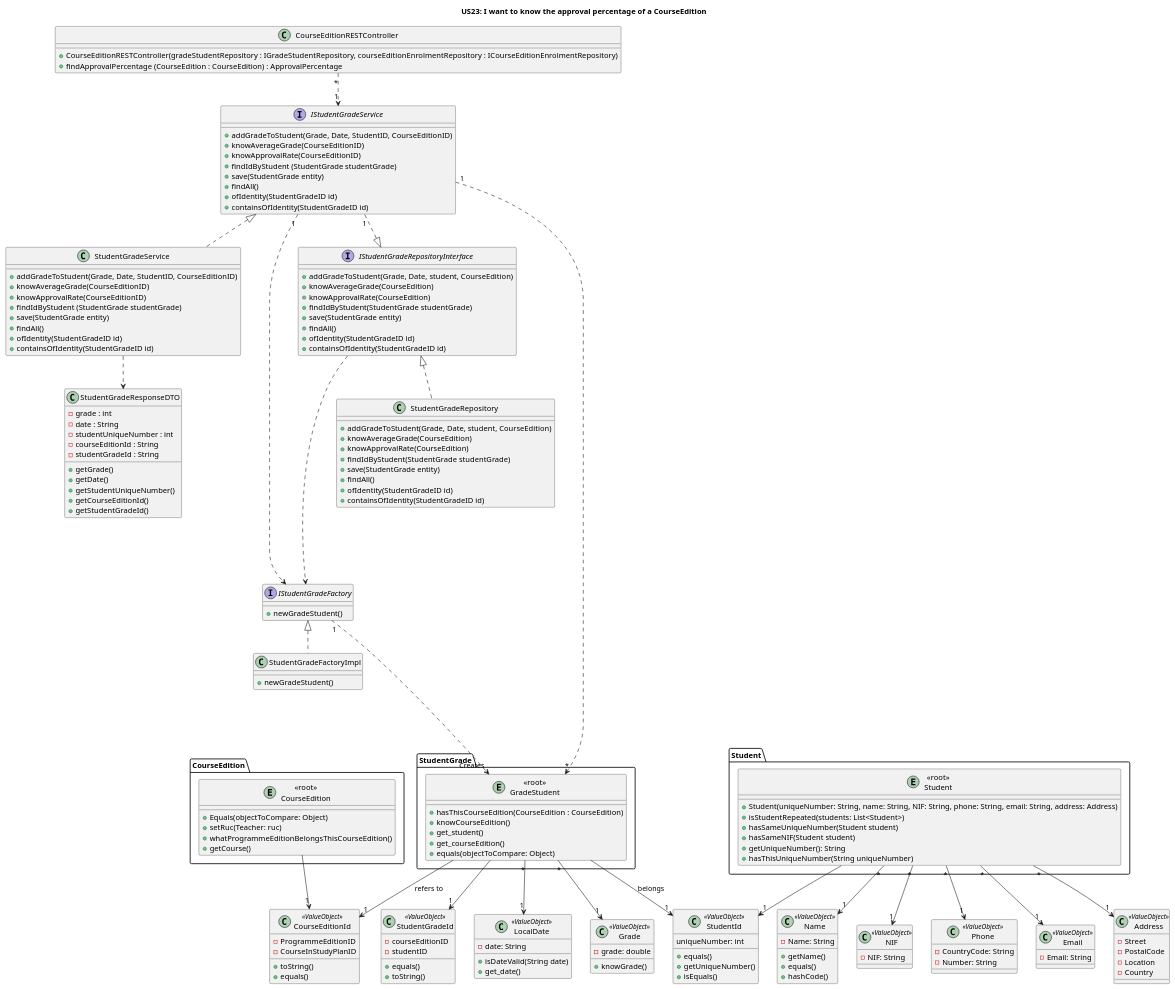
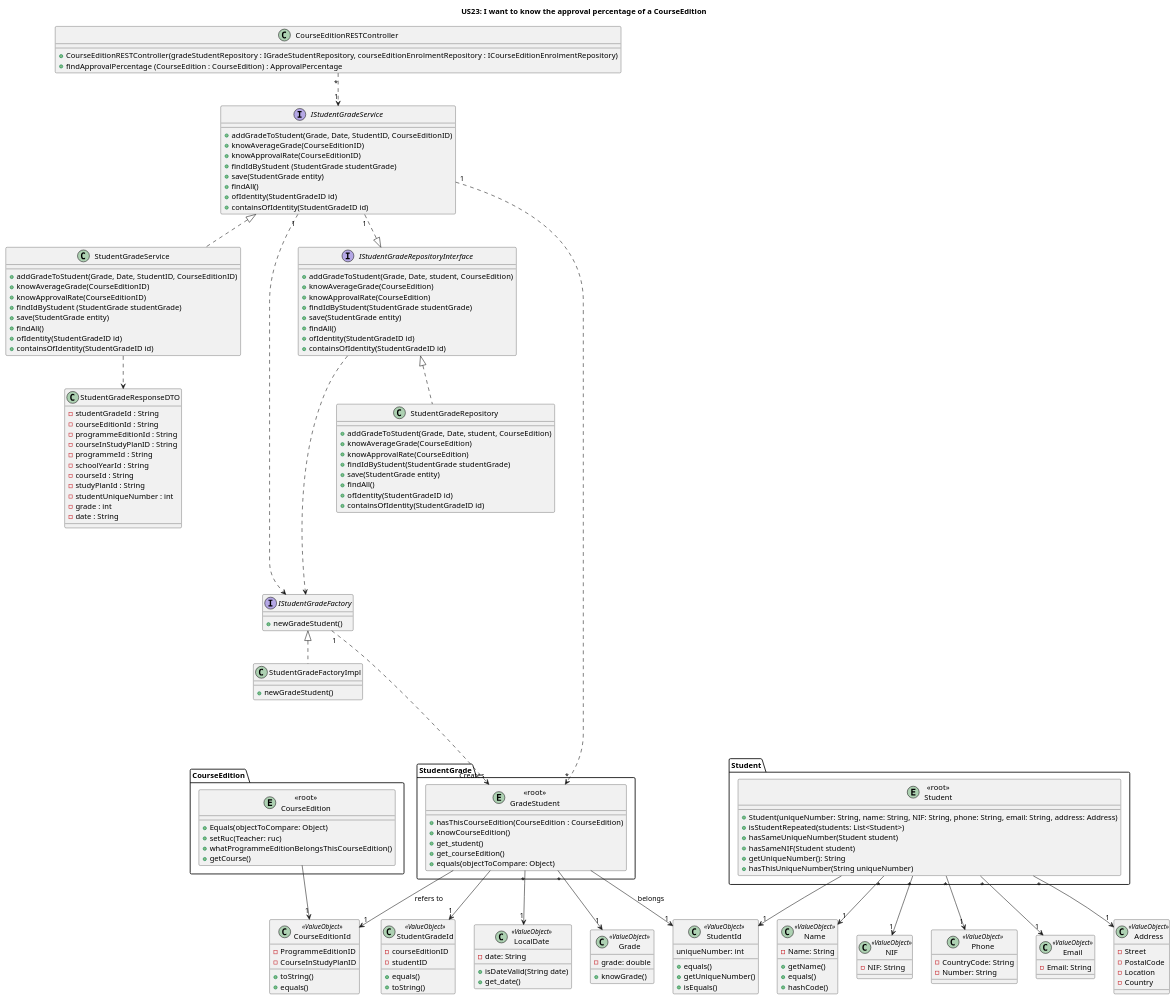
The diagram in docs/US23/REST_API/US23_ClassDiagram_REST_API.puml (GasparISEP/DevOps-PAI), drawn with PlantUML before and after one commit. The commit also changed 1 other file, not shown here.

Commit message:
Update Class Diagram to reflect DTO class. Refs #565

```diff
--- a/docs/US23/REST_API/US23_ClassDiagram_REST_API.puml
+++ b/docs/US23/REST_API/US23_ClassDiagram_REST_API.puml
@@ -1,188 +1,189 @@
 @startuml
 title US23: I want to know the approval percentage of a CourseEdition
 
 class CourseEditionRESTController {
     +CourseEditionRESTController(gradeStudentRepository : IGradeStudentRepository, courseEditionEnrolmentRepository : ICourseEditionEnrolmentRepository)
     +findApprovalPercentage (CourseEdition : CourseEdition) : ApprovalPercentage
 }
 
 interface IStudentGradeService {
         +addGradeToStudent(Grade, Date, StudentID, CourseEditionID)
         +knowAverageGrade(CourseEditionID)
         +knowApprovalRate(CourseEditionID)
         +findIdByStudent (StudentGrade studentGrade)
         +save(StudentGrade entity)
         +findAll()
         +ofIdentity(StudentGradeID id)
         +containsOfIdentity(StudentGradeID id)
 }
 
 class StudentGradeService {
         +addGradeToStudent(Grade, Date, StudentID, CourseEditionID)
         +knowAverageGrade(CourseEditionID)
         +knowApprovalRate(CourseEditionID)
         +findIdByStudent (StudentGrade studentGrade)
         +save(StudentGrade entity)
         +findAll()
         +ofIdentity(StudentGradeID id)
         +containsOfIdentity(StudentGradeID id)
 }
 
 class StudentGradeResponseDTO {
-    -grade : int
-    -date : String
-    -studentUniqueNumber : int
-    -courseEditionId : String
-    -studentGradeId : String
-    +getGrade()
-    +getDate()
-    +getStudentUniqueNumber()
-    +getCourseEditionId()
-    +getStudentGradeId()
+      -studentGradeId : String
+      -courseEditionId : String
+      -programmeEditionId : String
+      -courseInStudyPlanID : String
+      -programmeId : String
+      -schoolYearId : String
+      -courseId : String
+      -studyPlanId : String
+      -studentUniqueNumber : int
+      -grade : int
+      -date : String
 }
 
 
 package "StudentGrade" {
     entity "<<root>>\nGradeStudent" {
         +hasThisCourseEdition(CourseEdition : CourseEdition)
         +knowCourseEdition()
         +get_student()
         +get_courseEdition()
         +equals(objectToCompare: Object)
     }
 }
 
 class Grade <<ValueObject>> {
     -grade: double
     +knowGrade()
 }
 
 class LocalDate <<ValueObject>> {
     -date: String
     +isDateValid(String date)
     +get_date()
 }
 
 class StudentGradeId <<ValueObject>> {
     -courseEditionID
     -studentID
     +equals()
     +toString()
 }
 
 class StudentGradeRepository {
     +addGradeToStudent(Grade, Date, student, CourseEdition)
     +knowAverageGrade(CourseEdition)
     +knowApprovalRate(CourseEdition)
     +findIdByStudent(StudentGrade studentGrade)
     +save(StudentGrade entity)
     +findAll()
     +ofIdentity(StudentGradeID id)
     +containsOfIdentity(StudentGradeID id)
 }
 
 interface IStudentGradeRepositoryInterface {
     +addGradeToStudent(Grade, Date, student, CourseEdition)
     +knowAverageGrade(CourseEdition)
     +knowApprovalRate(CourseEdition)
     +findIdByStudent(StudentGrade studentGrade)
     +save(StudentGrade entity)
     +findAll()
     +ofIdentity(StudentGradeID id)
     +containsOfIdentity(StudentGradeID id)
 }
 
 interface IStudentGradeFactory {
     +newGradeStudent()
 }
 
 class StudentGradeFactoryImpl {
     +newGradeStudent()
 }
 
 class StudentId <<ValueObject>> {
     uniqueNumber: int
     +equals()
     +getUniqueNumber()
     +isEquals()
 }
 
 package "Student" {
     entity "<<root>>\nStudent" {
         +Student(uniqueNumber: String, name: String, NIF: String, phone: String, email: String, address: Address)
         +isStudentRepeated(students: List<Student>)
         +hasSameUniqueNumber(Student student)
         +hasSameNIF(Student student)
         +getUniqueNumber(): String
         +hasThisUniqueNumber(String uniqueNumber)
     }
 }
 
 class Name <<ValueObject>> {
     -Name: String
     +getName()
     +equals()
     +hashCode()
 }
 
 class NIF <<ValueObject>> {
     -NIF: String
 }
 
 class Phone <<ValueObject>> {
     -CountryCode: String
     -Number: String
 }
 
 class Email <<ValueObject>> {
     -Email: String
 }
 
 class Address <<ValueObject>> {
     -Street
     -PostalCode
     -Location
     -Country
 }
 
 class CourseEditionId <<ValueObject>> {
     -ProgrammeEditionID
     -CourseInStudyPlanID
     +toString()
     +equals()
 }
 
 package "CourseEdition" {
     entity "<<root>>\nCourseEdition" {
         +Equals(objectToCompare: Object)
         +setRuc(Teacher: ruc)
         +whatProgrammeEditionBelongsThisCourseEdition()
         +getCourse()
     }
 }
 
 "<<root>>\nStudent" "*" --> "1" Name
 "<<root>>\nStudent" "*" --> "1" NIF
 "<<root>>\nStudent" "*" --> "1" Email
 "<<root>>\nStudent" "*" --> "1" Phone
 "<<root>>\nStudent" "*" --> "1" Address
 "<<root>>\nGradeStudent" "*" --> "1" Grade
 "<<root>>\nGradeStudent" "*" --> "1" LocalDate
 "<<root>>\nGradeStudent" --> "1" StudentId : belongs
 "<<root>>\nGradeStudent" --> "1" CourseEditionId : refers to
 IStudentGradeService "1" ....> IStudentGradeFactory
 IStudentGradeFactory "1" ....> "Creates" "<<root>>\nGradeStudent"
 IStudentGradeFactory <|.. StudentGradeFactoryImpl
 
 "<<root>>\nGradeStudent" --> "1" StudentGradeId
 "<<root>>\nCourseEdition" --> "1" CourseEditionId
 "<<root>>\nStudent" --> "1" StudentId
 IStudentGradeService <|.. StudentGradeService
 IStudentGradeRepositoryInterface <|.. StudentGradeRepository
 IStudentGradeRepositoryInterface ....> IStudentGradeFactory
 IStudentGradeService "1" ....> "*" "<<root>>\nGradeStudent"
 IStudentGradeService "1" ..|> IStudentGradeRepositoryInterface
 CourseEditionRESTController "*" ..> "1" IStudentGradeService
 StudentGradeService ..> StudentGradeResponseDTO
 
 @enduml
```
